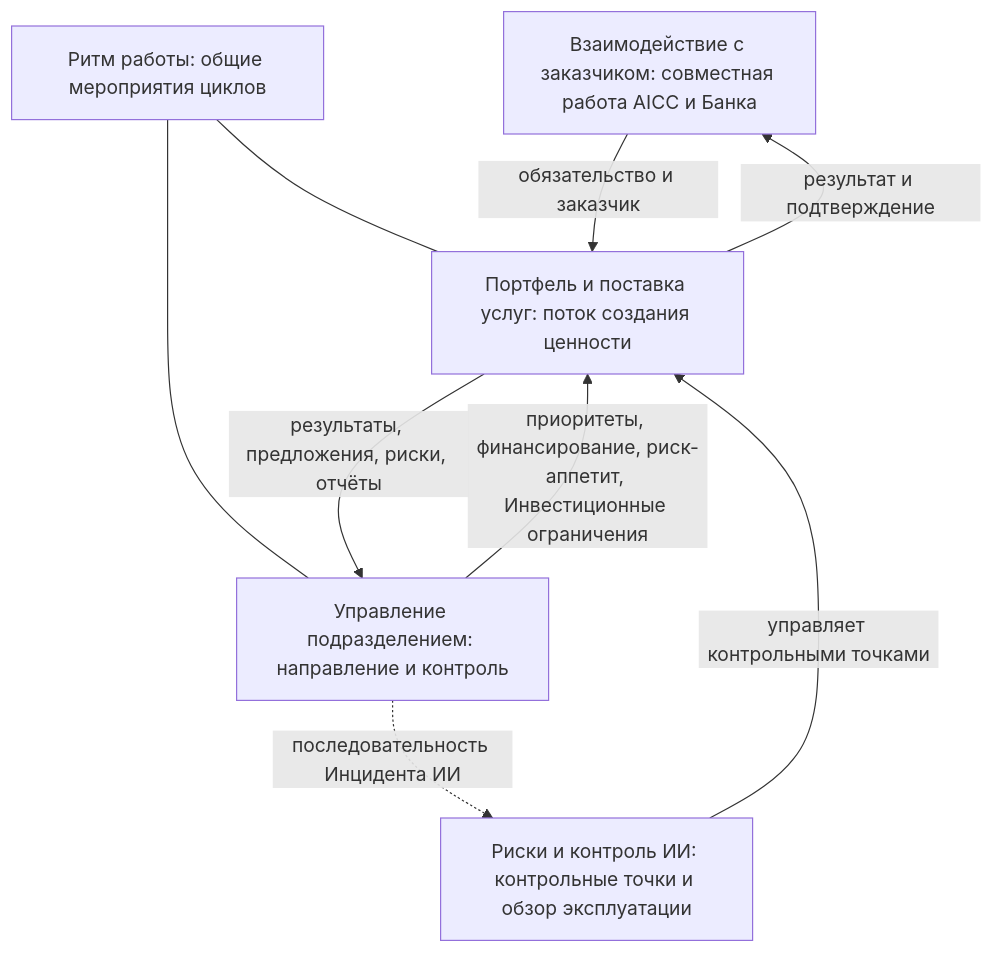
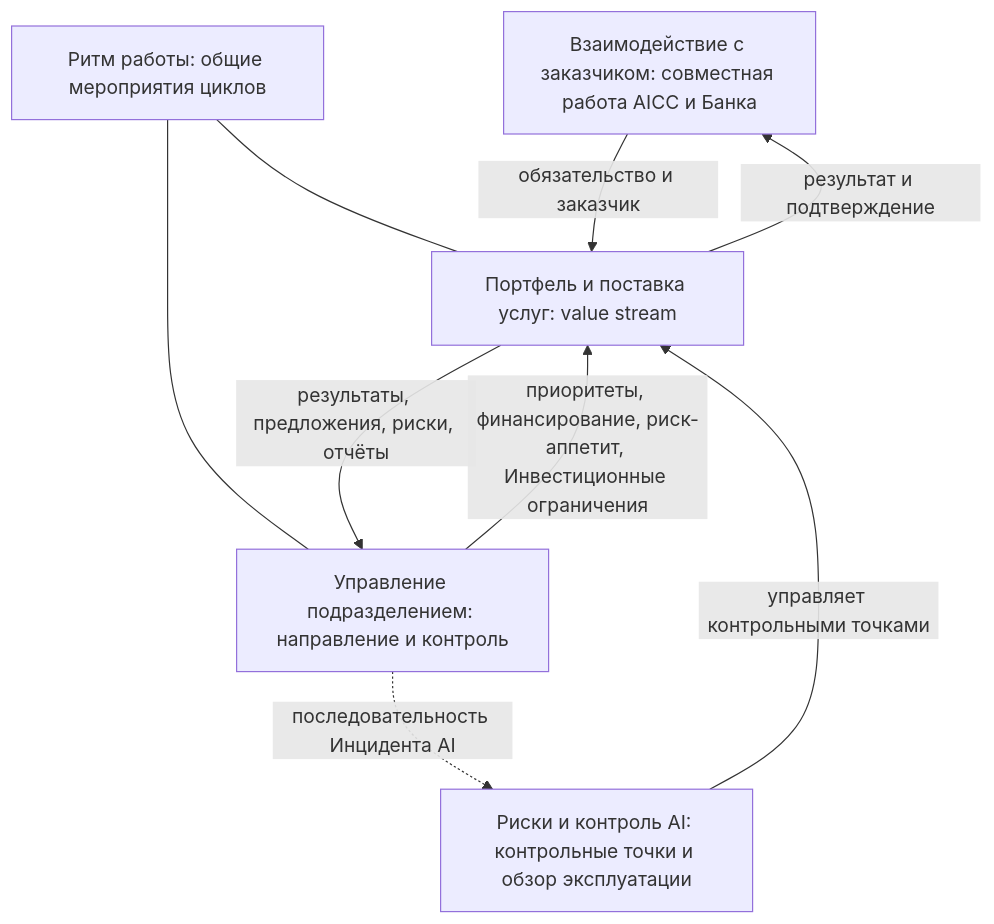
One commit to devhogu/ob-aicc changed the diagram in charter/ru/workflows/README.md. Above: the diagram before and after it, drawn with Mermaid. The commit also changed other lines of this file and 768 other files, not shown here.

````diff
--- a/charter/ru/workflows/README.md
+++ b/charter/ru/workflows/README.md
@@ -22,16 +22,16 @@
 ```mermaid
 flowchart TB
   E["Взаимодействие с заказчиком: совместная работа AICC и Банка"]
   G["Управление подразделением: направление и контроль"]
-  S["Портфель и поставка услуг: поток создания ценности"]
-  R["Риски и контроль ИИ: контрольные точки и обзор эксплуатации"]
+  S["Портфель и поставка услуг: value stream"]
+  R["Риски и контроль AI: контрольные точки и обзор эксплуатации"]
   C["Ритм работы: общие мероприятия циклов"]
   E -->|"обязательство и заказчик"| S
   S -->|"результат и подтверждение"| E
   G -->|"приоритеты, финансирование, риск-аппетит, Инвестиционные ограничения"| S
   S -->|"результаты, предложения, риски, отчёты"| G
   R -->|"управляет контрольными точками"| S
-  G -.->|"последовательность Инцидента ИИ"| R
+  G -.->|"последовательность Инцидента AI"| R
   C --- G
   C --- S
 ```
````
